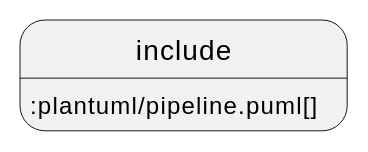
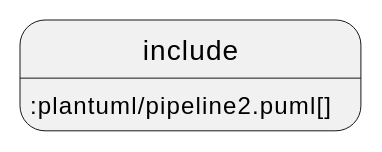
Before and after one commit to htl-leonding-college/quarkus-jar-gh-actions-demo: the diagram in asciidocs/gh-actions.adoc, drawn with PlantUML. The commit also changed 1 other file, not shown here.

Commit message:
update pipeline.puml to pipeline2.puml

```diff
--- a/asciidocs/gh-actions.adoc
+++ b/asciidocs/gh-actions.adoc
@@ -33,4 +33,4 @@
 [plantuml, align=left]
 ----
-include::plantuml/pipeline.puml[]
+include::plantuml/pipeline2.puml[]
 ----
```
